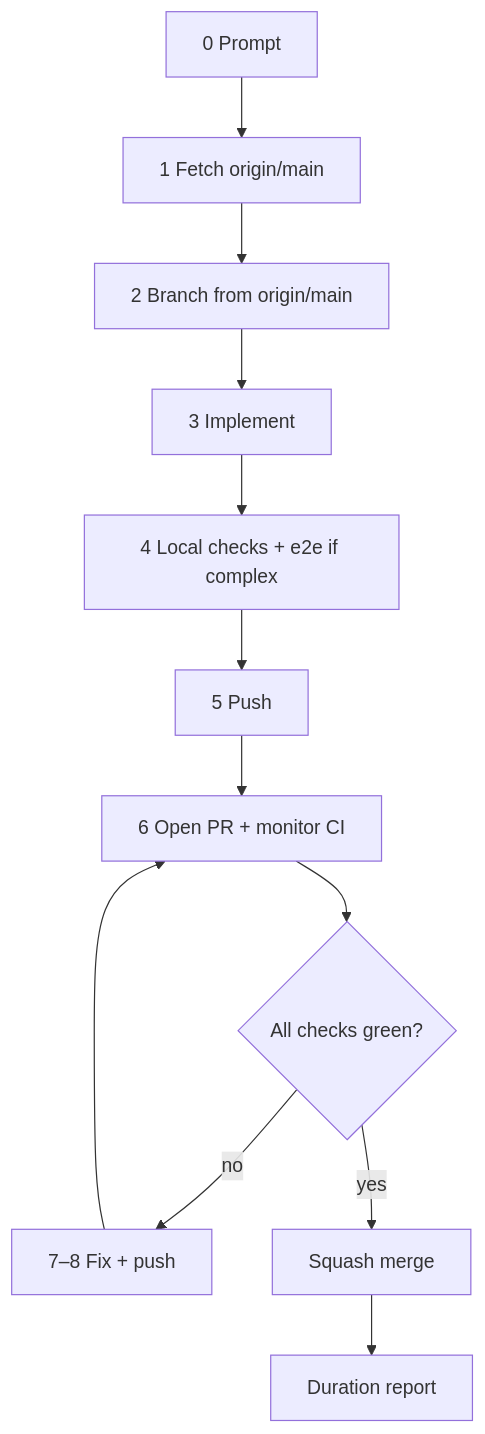
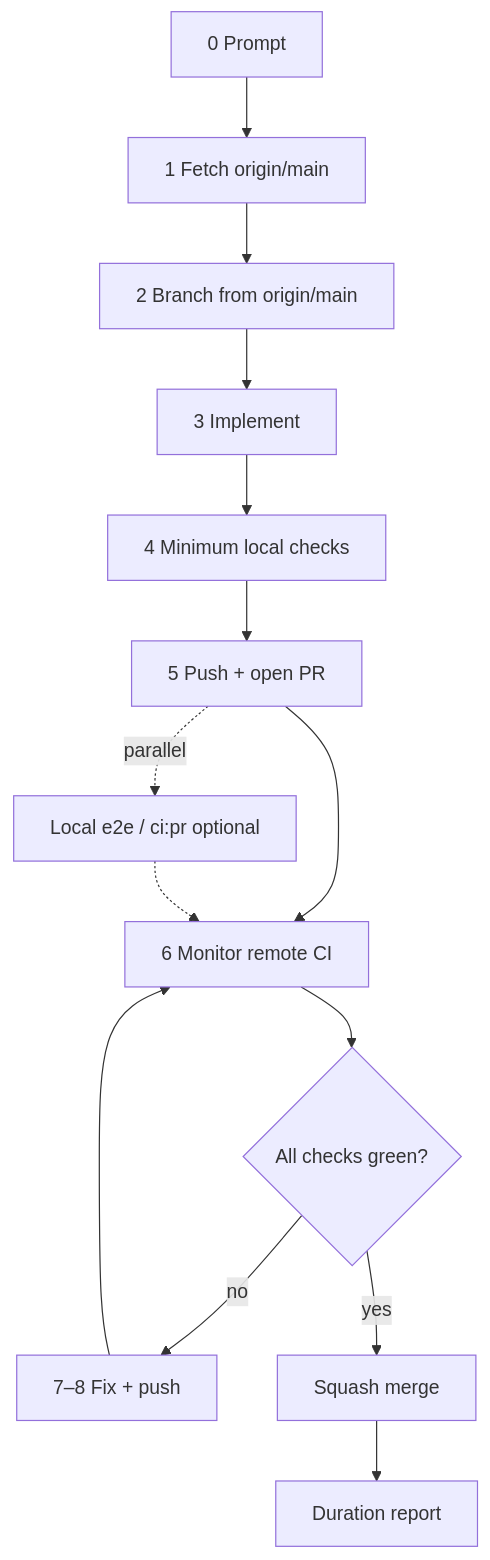
The diagram in .cortex/workflows/coding-bro.md (meta-secret/nook), drawn with Mermaid before and after one commit. The commit also changed other lines of this file and 5 other files, not shown here.

````diff
--- a/.cortex/workflows/coding-bro.md
+++ b/.cortex/workflows/coding-bro.md
@@ -20,14 +20,16 @@
 ```mermaid
 flowchart TD
   P[0 Prompt] --> F[1 Fetch origin/main]
   F --> B[2 Branch from origin/main]
   B --> I[3 Implement]
-  I --> L[4 Local checks + e2e if complex]
-  L --> PU[5 Push]
-  PU --> PR[6 Open PR + monitor CI]
-  PR --> G{All checks green?}
+  I --> L[4 Minimum local checks]
+  L --> PU[5 Push + open PR]
+  PU --> CI[6 Monitor remote CI]
+  PU -.->|parallel| LOC[Local e2e / ci:pr optional]
+  LOC -.-> CI
+  CI --> G{All checks green?}
   G -->|no| FIX[7–8 Fix + push]
-  FIX --> PR
+  FIX --> CI
   G -->|yes| M[Squash merge]
   M --> D[Duration report]
 ```
````
